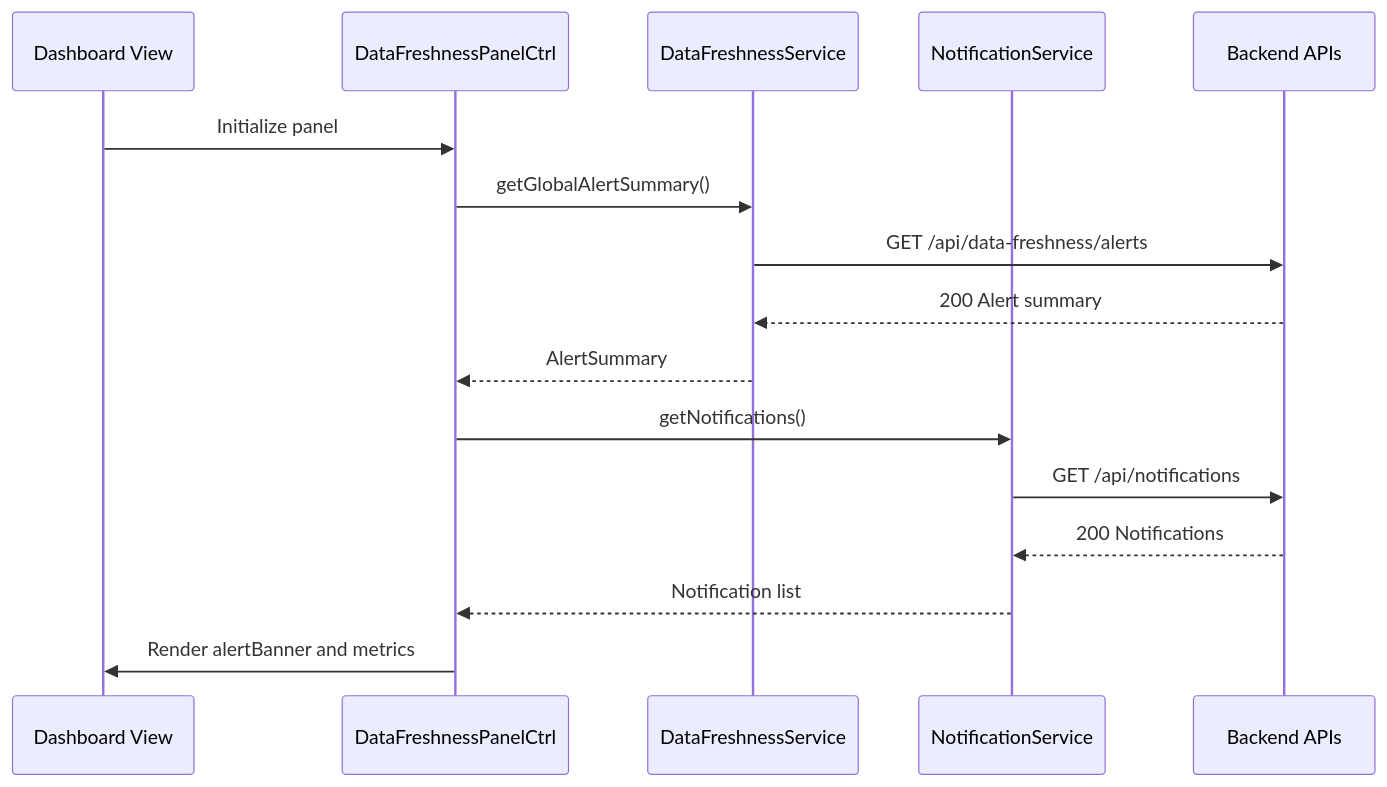
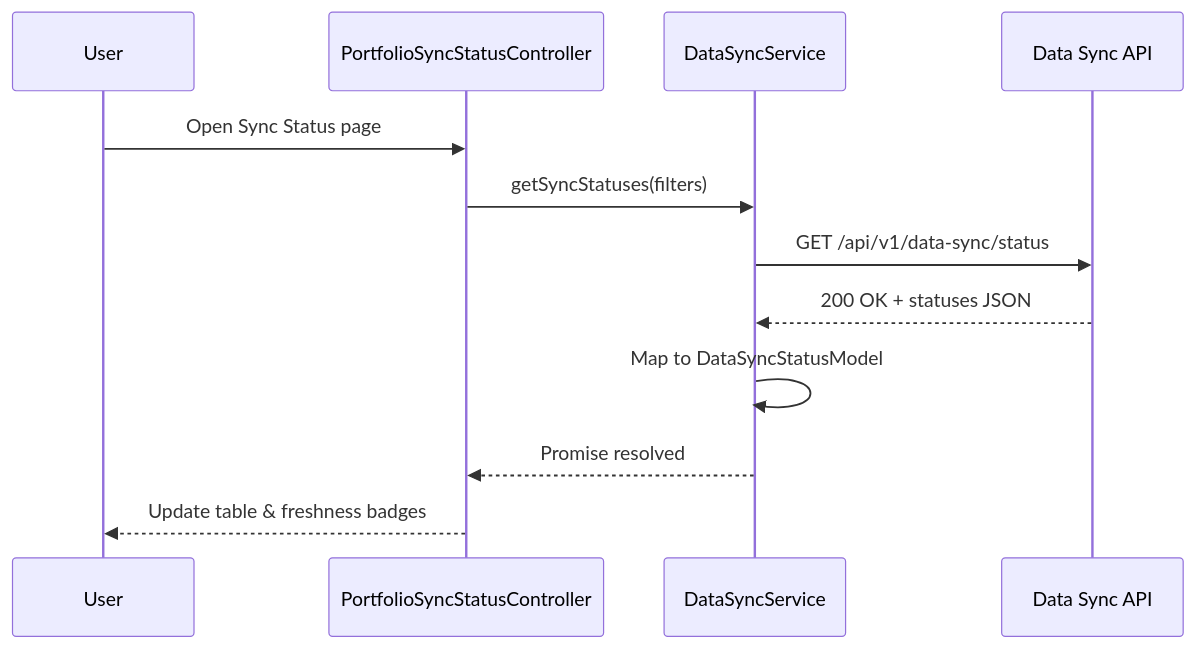
Before and after one commit to Davamani-git/APB_Demo: the third of 4 diagrams in LLD/QE-4785_LLD.md, drawn with Mermaid. The commit also changed other lines of this file, not shown here.

````diff
--- a/LLD/QE-4785_LLD.md
+++ b/LLD/QE-4785_LLD.md
@@ -1128,19 +764,15 @@
 ```mermaid
 sequenceDiagram
-  participant Dashboard as Dashboard View
-  participant PanelCtrl as DataFreshnessPanelCtrl
-  participant FreshSvc as DataFreshnessService
-  participant NotifSvc as NotificationService
-  participant API as Backend APIs
+  participant U as User
+  participant C as PortfolioSyncStatusController
+  participant S as DataSyncService
+  participant API as Data Sync API
 
-  Dashboard->>PanelCtrl: Initialize panel
-  PanelCtrl->>FreshSvc: getGlobalAlertSummary()
-  FreshSvc->>API: GET /api/data-freshness/alerts
-  API-->>FreshSvc: 200 Alert summary
-  FreshSvc-->>PanelCtrl: AlertSummary
-  PanelCtrl->>NotifSvc: getNotifications()
-  NotifSvc->>API: GET /api/notifications
-  API-->>NotifSvc: 200 Notifications
-  NotifSvc-->>PanelCtrl: Notification list
-  PanelCtrl->>Dashboard: Render alertBanner and metrics
+  U->>C: Open Sync Status page
+  C->>S: getSyncStatuses(filters)
+  S->>API: GET /api/v1/data-sync/status
+  API-->>S: 200 OK + statuses JSON
+  S->>S: Map to DataSyncStatusModel
+  S-->>C: Promise resolved
+  C-->>U: Update table & freshness badges
 ```
````
